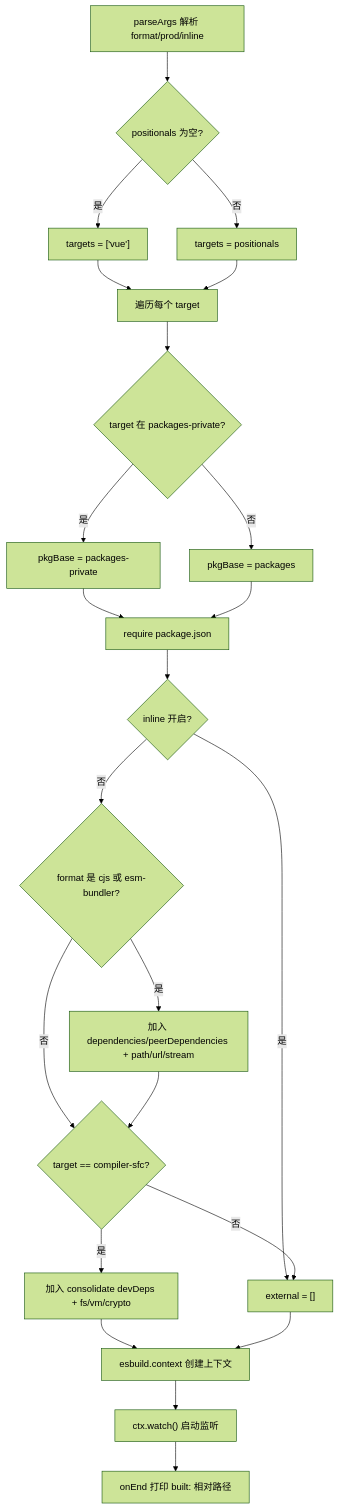
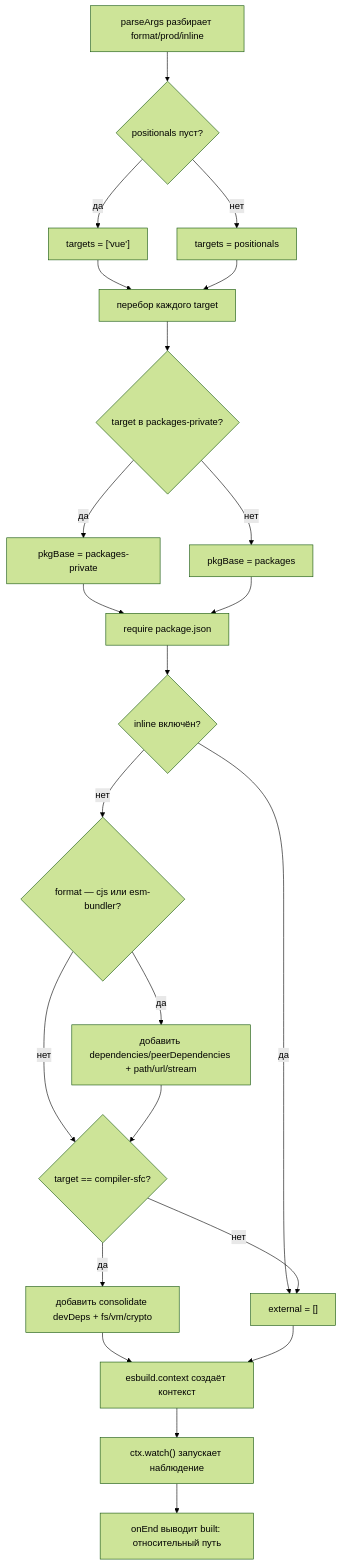
The first of 3 diagrams in books/vue3/ru/03-dev-scripts-and-sfc.md (maleRjc/AiReadCodeBooks), drawn with Mermaid (forest theme) before and after one commit. The commit also changed other lines of this file and 74 other files, not shown here.

````diff
--- a/books/vue3/ru/03-dev-scripts-and-sfc.md
+++ b/books/vue3/ru/03-dev-scripts-and-sfc.md
@@ -61,25 +61,25 @@
 ```mermaid
 flowchart TD
-    start["parseArgs 解析 format/prod/inline"] --> targets{"positionals 为空?"}
-    targets -->|是| def["targets = ['vue']"]
-    targets -->|否| use["targets = positionals"]
-    def --> loop["遍历每个 target"]
+    start["parseArgs разбирает format/prod/inline"] --> targets{"positionals пуст?"}
+    targets -->|да| def["targets = ['vue']"]
+    targets -->|нет| use["targets = positionals"]
+    def --> loop["перебор каждого target"]
     use --> loop
-    loop --> priv{"target 在 packages-private?"}
-    priv -->|是| pbase["pkgBase = packages-private"]
-    priv -->|否| pub["pkgBase = packages"]
+    loop --> priv{"target в packages-private?"}
+    priv -->|да| pbase["pkgBase = packages-private"]
+    priv -->|нет| pub["pkgBase = packages"]
     pbase --> req["require package.json"]
     pub --> req
-    req --> ext{"inline 开启?"}
-    ext -->|是| noext["external = []"]
-    ext -->|否| fmt{"format 是 cjs 或 esm-bundler?"}
-    fmt -->|是| deps["加入 dependencies/peerDependencies + path/url/stream"]
-    fmt -->|否| sfc{"target == compiler-sfc?"}
+    req --> ext{"inline включён?"}
+    ext -->|да| noext["external = []"]
+    ext -->|нет| fmt{"format — cjs или esm-bundler?"}
+    fmt -->|да| deps["добавить dependencies/peerDependencies + path/url/stream"]
+    fmt -->|нет| sfc{"target == compiler-sfc?"}
     deps --> sfc
-    sfc -->|是| cons["加入 consolidate devDeps + fs/vm/crypto"]
-    sfc -->|否| noext
-    cons --> ctx["esbuild.context 创建上下文"]
+    sfc -->|да| cons["добавить consolidate devDeps + fs/vm/crypto"]
+    sfc -->|нет| noext
+    cons --> ctx["esbuild.context создаёт контекст"]
     noext --> ctx
-    ctx --> watch["ctx.watch() 启动监听"]
-    watch --> onend["onEnd 打印 built: 相对路径"]
+    ctx --> watch["ctx.watch() запускает наблюдение"]
+    watch --> onend["onEnd выводит built: относительный путь"]
 ```
````
